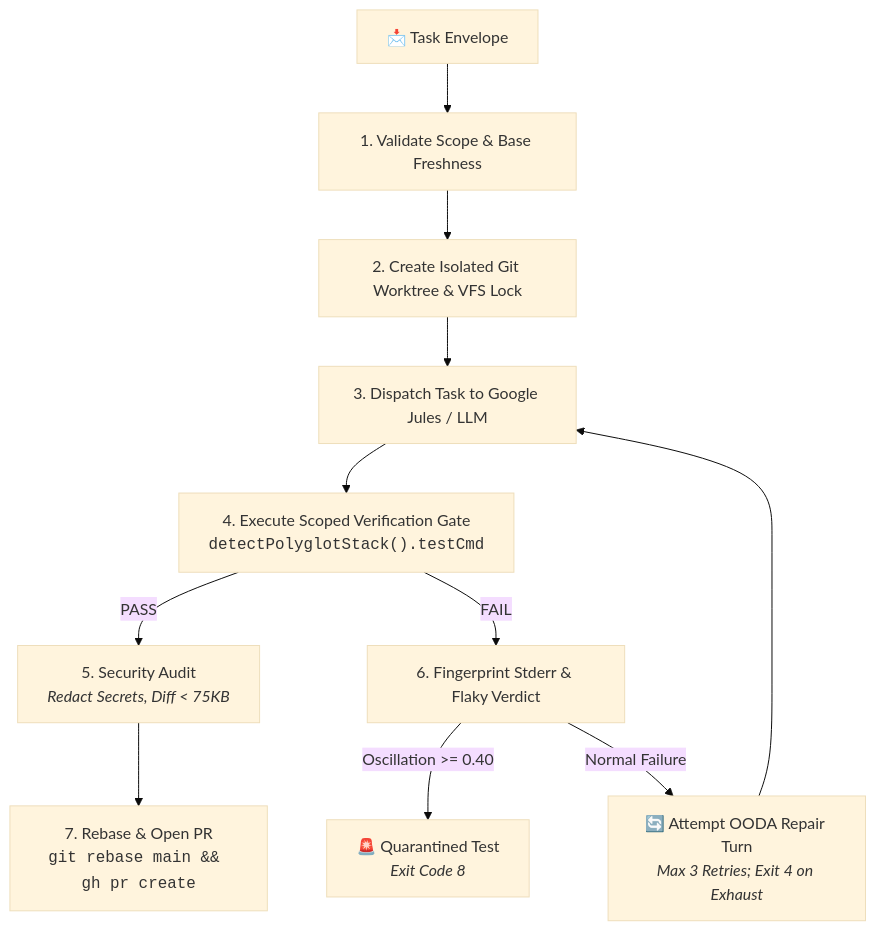
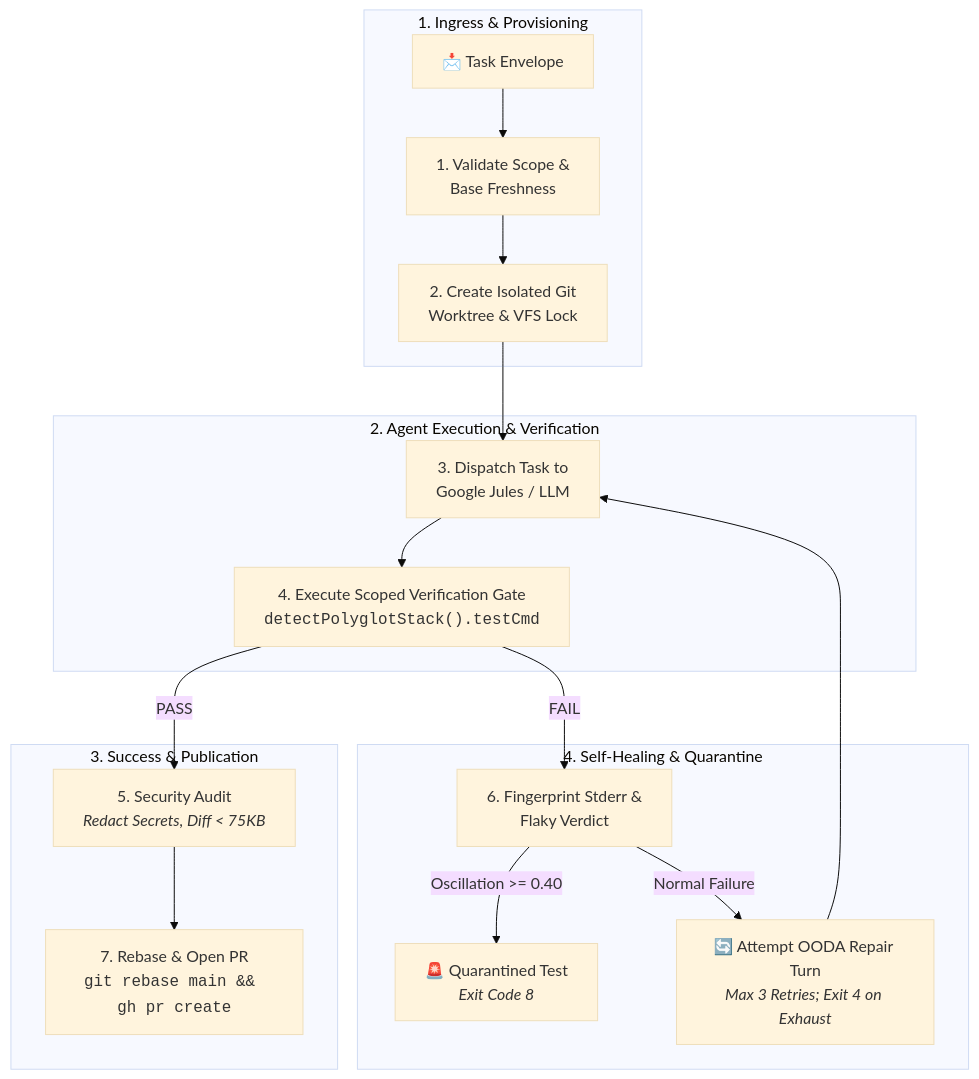
The first of 2 diagrams in README.md (FullThrottle83/jules-orchestrator-kit), drawn with Mermaid (base theme) before and after one commit. The commit also changed other lines of this file, not shown here.

Commit message:
docs(readme): structure mermaid flowcharts into subgraphs and fix text truncation

````diff
--- a/README.md
+++ b/README.md
@@ -267,15 +267,24 @@
 ```mermaid
 flowchart TD
-    A["📩 Task Envelope"] --> B["1. Validate Scope & Base Freshness"]
-    B --> C["2. Create Isolated Git Worktree & VFS Lock"]
-    C --> D["3. Dispatch Task to Google Jules / LLM"]
-    D --> E["4. Execute Scoped Verification Gate<br/><code>detectPolyglotStack().testCmd</code>"]
-    
-    E -->|PASS| F["5. Security Audit<br/><i>Redact Secrets, Diff < 75KB</i>"]
-    F --> G["7. Rebase & Open PR<br/><code>git rebase main && gh pr create</code>"]
+    subgraph Phase1 ["1. Ingress & Provisioning"]
+        A["📩 Task Envelope"] --> B["1. Validate Scope &<br/>Base Freshness"]
+        B --> C["2. Create Isolated Git<br/>Worktree & VFS Lock"]
+    end
 
-    E -->|FAIL| H["6. Fingerprint Stderr & Flaky Verdict"]
-    H -->|Oscillation >= 0.40| I["🚨 Quarantined Test<br/><i>Exit Code 8</i>"]
-    H -->|Normal Failure| J["🔄 Attempt OODA Repair Turn<br/><i>Max 3 Retries; Exit 4 on Exhaust</i>"]
-    J --> D
+    subgraph Phase2 ["2. Agent Execution & Verification"]
+        C --> D["3. Dispatch Task to<br/>Google Jules / LLM"]
+        D --> E["4. Execute Scoped Verification Gate<br/><code>detectPolyglotStack().testCmd</code>"]
+    end
+
+    subgraph Phase3 ["3. Success & Publication"]
+        E -->|PASS| F["5. Security Audit<br/><i>Redact Secrets, Diff < 75KB</i>"]
+        F --> G["7. Rebase & Open PR<br/><code>git rebase main && gh pr create</code>"]
+    end
+
+    subgraph Phase4 ["4. Self-Healing & Quarantine"]
+        E -->|FAIL| H["6. Fingerprint Stderr &<br/>Flaky Verdict"]
+        H -->|Oscillation >= 0.40| I["🚨 Quarantined Test<br/><i>Exit Code 8</i>"]
+        H -->|Normal Failure| J["🔄 Attempt OODA Repair Turn<br/><i>Max 3 Retries; Exit 4 on Exhaust</i>"]
+        J --> D
+    end
 ```
````
